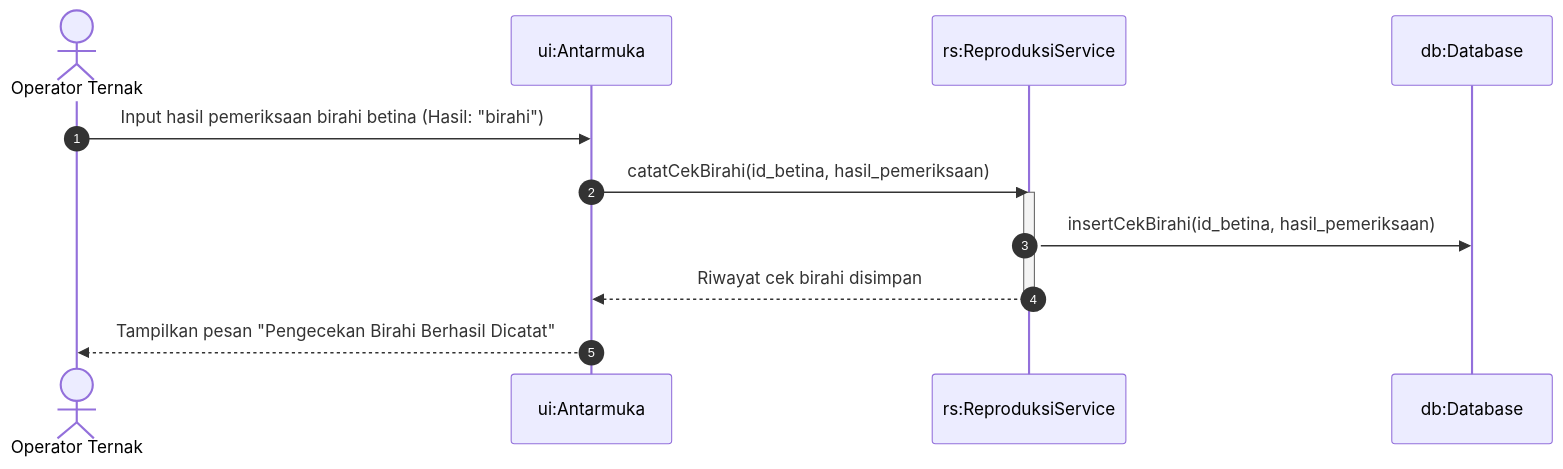
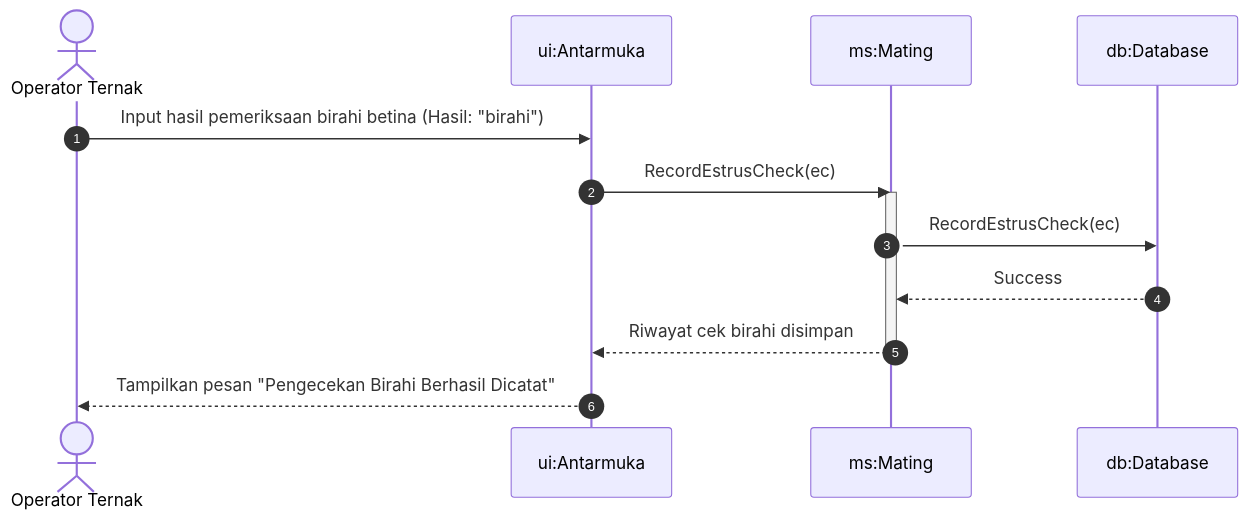
The tenth of 11 diagrams in docs/livestock_module_sequence_diagrams.md (MuhammadHamidy/Farmease), drawn with Mermaid before and after one commit. The commit also changed other lines of this file and 299 other files, not shown here.

````diff
--- a/docs/livestock_module_sequence_diagrams.md
+++ b/docs/livestock_module_sequence_diagrams.md
@@ -277,16 +259,17 @@
 ```mermaid
 sequenceDiagram
     autonumber
     actor Operator as Operator Ternak
     participant UI as ui:Antarmuka
-    participant RS as rs:ReproduksiService
+    participant MS as ms:Mating
     participant DB as db:Database
 
     Operator->>UI: Input hasil pemeriksaan birahi betina (Hasil: "birahi")
-    UI->>RS: catatCekBirahi(id_betina, hasil_pemeriksaan)
-    activate RS
-    RS->>DB: insertCekBirahi(id_betina, hasil_pemeriksaan)
-    RS-->>UI: Riwayat cek birahi disimpan
-    deactivate RS
+    UI->>MS: RecordEstrusCheck(ec)
+    activate MS
+    MS->>DB: RecordEstrusCheck(ec)
+    DB-->>MS: Success
+    MS-->>UI: Riwayat cek birahi disimpan
+    deactivate MS
     UI-->>Operator: Tampilkan pesan "Pengecekan Birahi Berhasil Dicatat"
 ```
````
